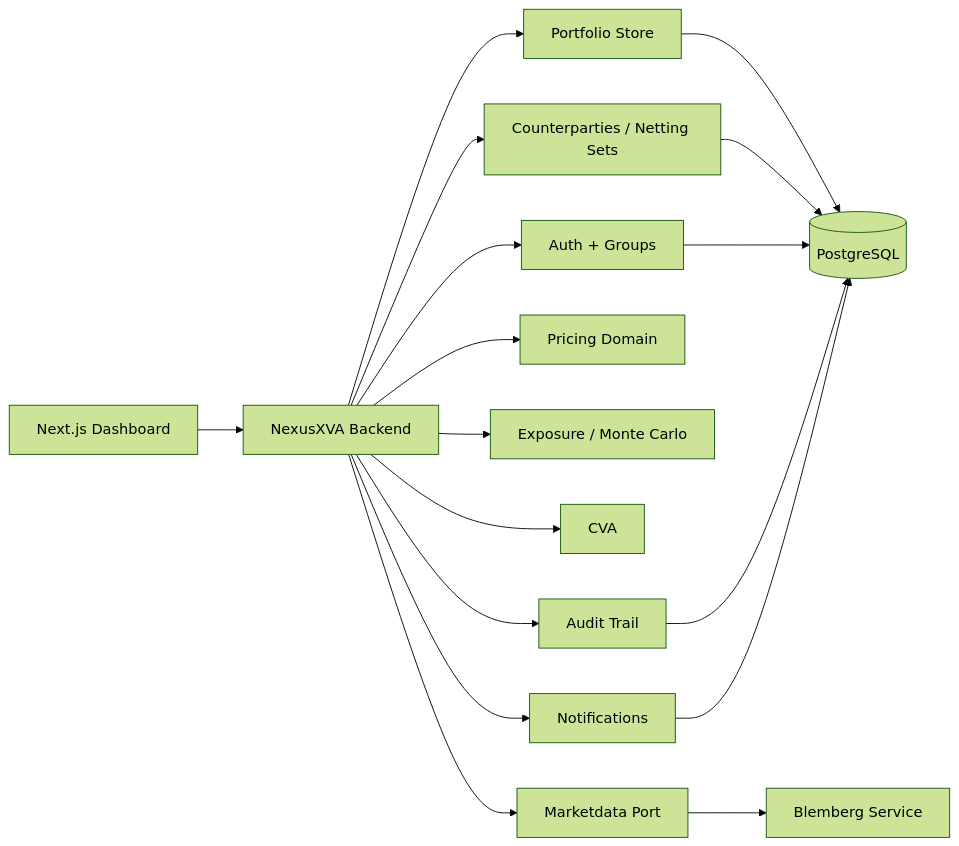
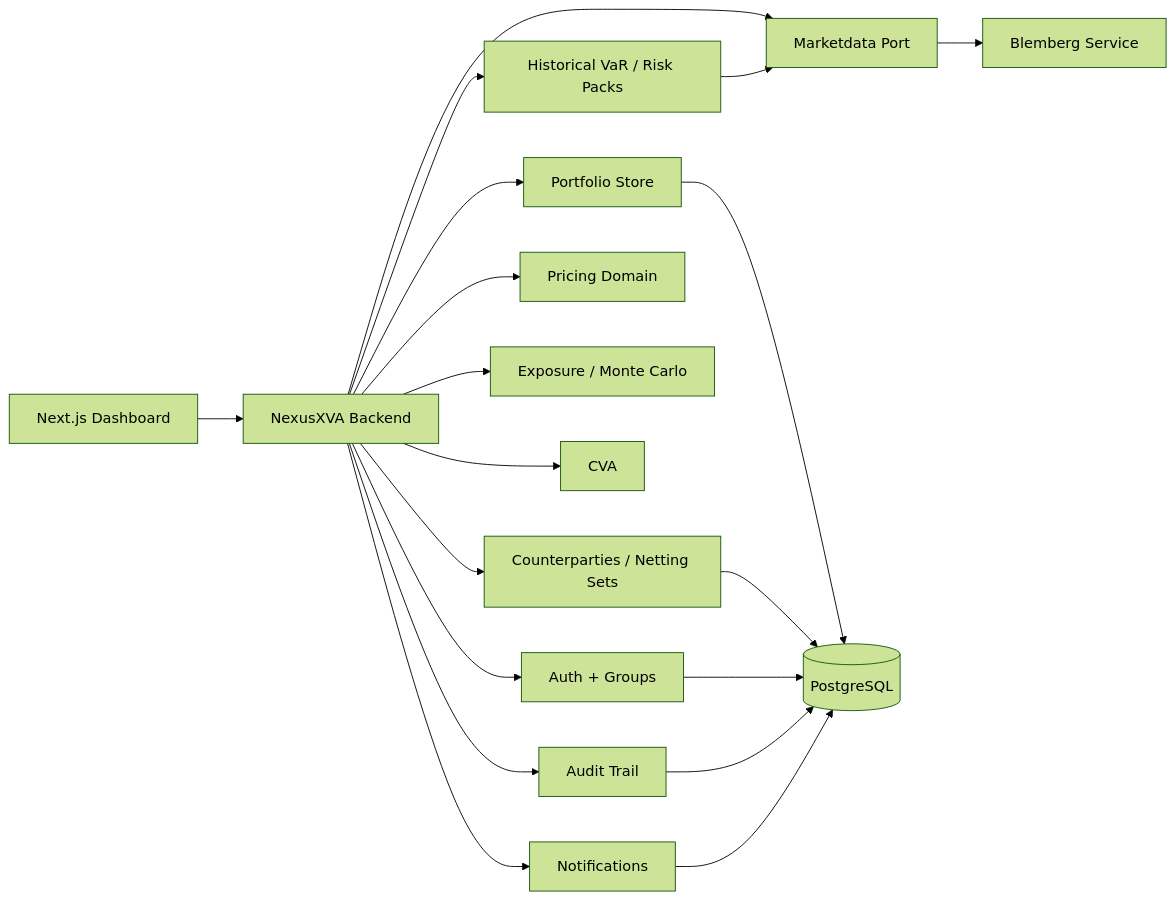
The first of 2 diagrams in README.md (mselaive/NexusXVA), drawn with Mermaid (forest theme) before and after one commit. The commit also changed other lines of this file and 50 other files, not shown here.

````diff
--- a/README.md
+++ b/README.md
@@ -47,19 +49,21 @@
 ```mermaid
 flowchart LR
     UI[Next.js Dashboard] --> API[NexusXVA Backend]
     API --> Auth[Auth + Groups]
     API --> Audit[Audit Trail]
     API --> Portfolio[Portfolio Store]
     API --> Pricing[Pricing Domain]
     API --> Exposure[Exposure / Monte Carlo]
     API --> CVA[CVA]
+    API --> MarketRisk[Historical VaR / Risk Packs]
     API --> XVA[Counterparties / Netting Sets]
     API --> MarketData[Marketdata Port]
+    MarketRisk --> MarketData
     MarketData --> Blemberg[Blemberg Service]
     Portfolio --> DB[(PostgreSQL)]
     XVA --> DB
     Auth --> DB
     Audit --> DB
     API --> Notifications[Notifications]
     Notifications --> DB
 ```
````
